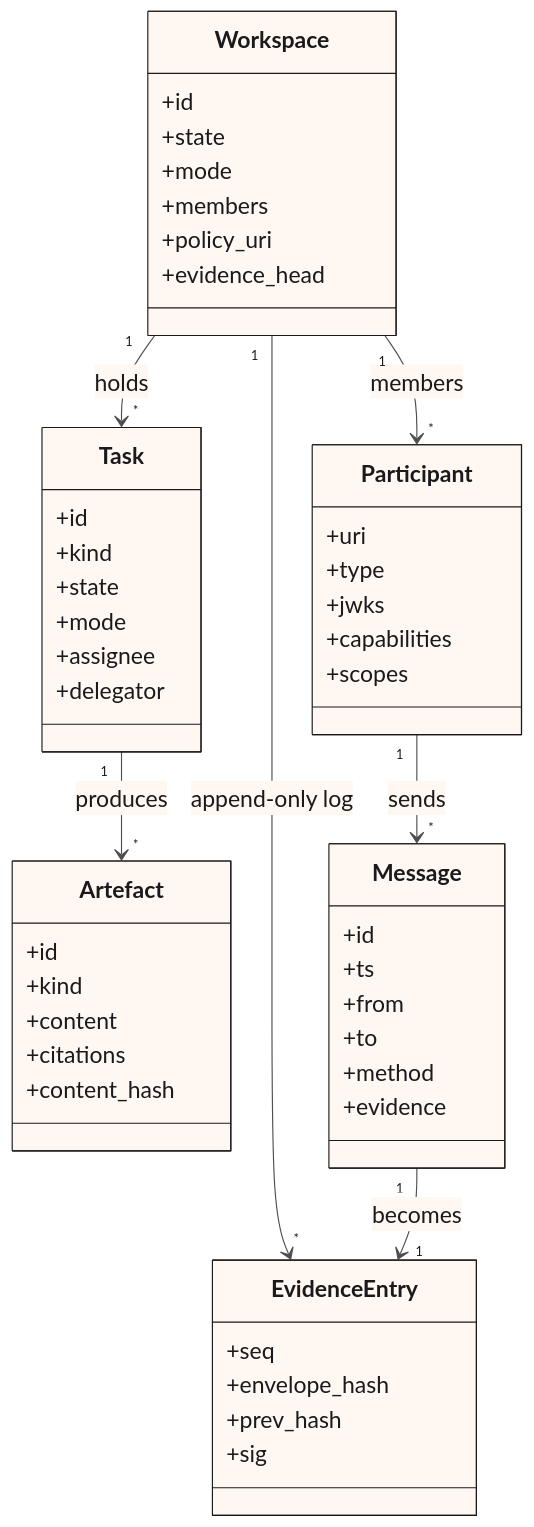
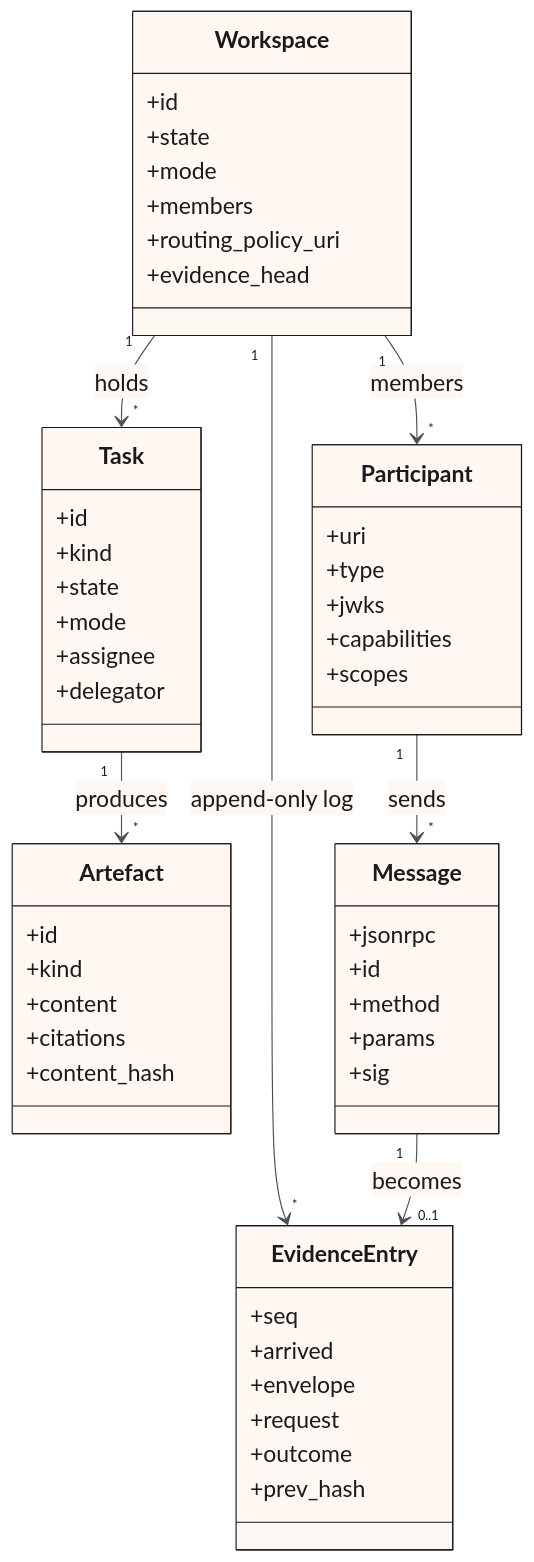
Before and after one commit to BrightbeamAI/chap: the second of 9 diagrams in ARCHITECTURE.md, drawn with Mermaid. The commit also changed other lines of this file and 8 other files, not shown here.

````diff
--- a/ARCHITECTURE.md
+++ b/ARCHITECTURE.md
@@ -59,66 +59,67 @@
 ```mermaid
 %%{init: {
   "theme": "base",
   "themeVariables": {
     "fontSize": "20px",
     "fontFamily": "Arial, Helvetica, sans-serif",
     "primaryColor": "#FFF8F2",
     "primaryTextColor": "#1a1a1c",
     "primaryBorderColor": "#1a1a1c",
     "lineColor": "#4f4f52"
   }
 }}%%
 classDiagram
     direction TB
     class Workspace {
       +id
       +state
       +mode
       +members
-      +policy_uri
+      +routing_policy_uri
       +evidence_head
     }
     class Participant {
       +uri
       +type
       +jwks
       +capabilities
       +scopes
     }
     class Task {
       +id
       +kind
       +state
       +mode
       +assignee
       +delegator
     }
     class Artefact {
       +id
       +kind
       +content
       +citations
       +content_hash
     }
     class EvidenceEntry {
       +seq
-      +envelope_hash
+      +arrived
+      +envelope
+      +request
+      +outcome
       +prev_hash
-      +sig
     }
     class Message {
+      +jsonrpc
       +id
-      +ts
-      +from
-      +to
       +method
-      +evidence
+      +params
+      +sig
     }
 
     Workspace "1" --> "*" Participant : members
     Workspace "1" --> "*" Task : holds
     Workspace "1" --> "*" EvidenceEntry : append-only log
     Task "1" --> "*" Artefact : produces
-    Message "1" --> "1" EvidenceEntry : becomes
+    Message "1" --> "0..1" EvidenceEntry : becomes
     Participant "1" --> "*" Message : sends
 ```
````
